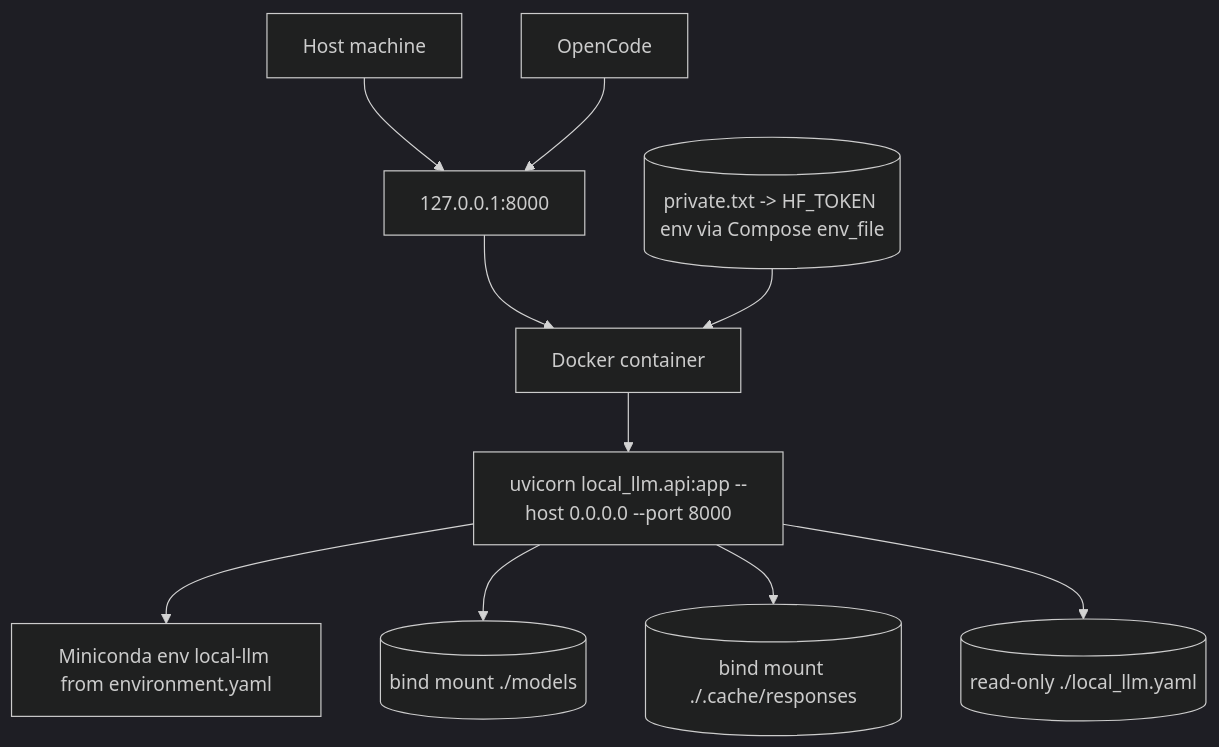
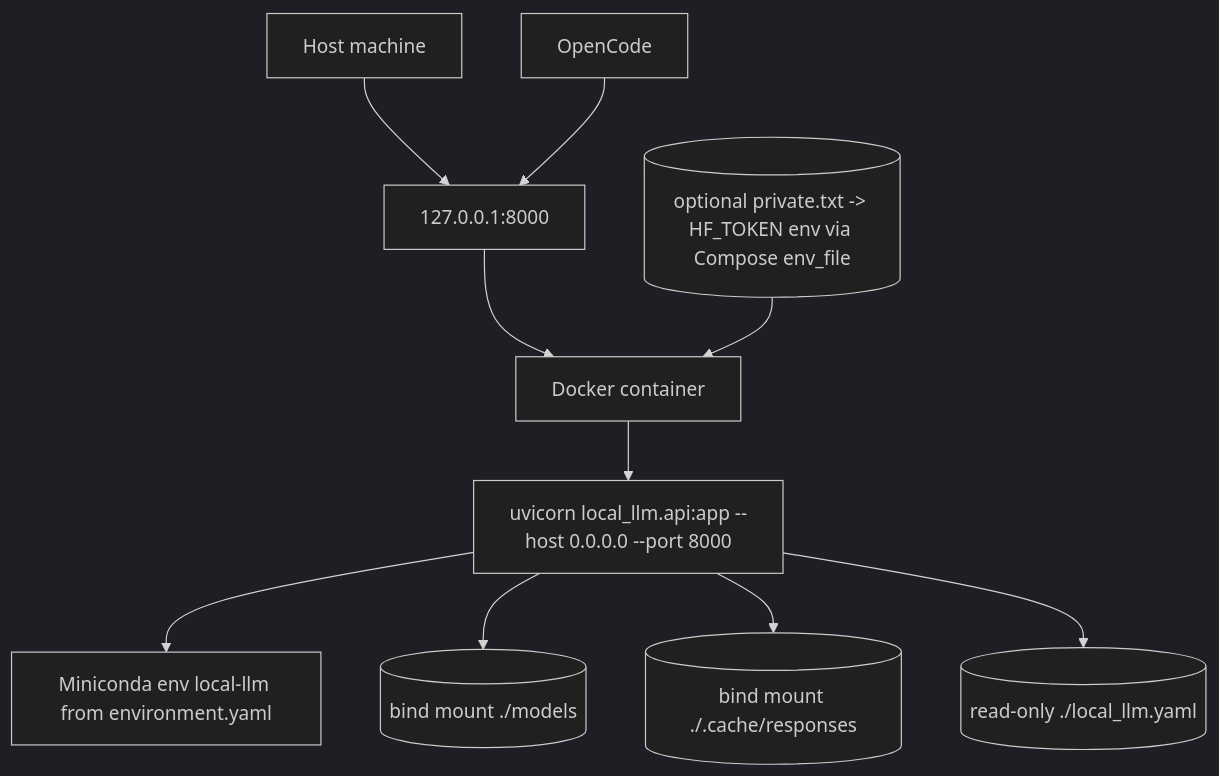
One commit to kkhatr2/local-llm changed the sixth of 6 diagrams in docs/architecture.md. Above: the diagram before and after it, drawn with Mermaid (dark theme). The commit also changed other lines of this file and 7 other files, not shown here.

Commit message:
Make HF_TOKEN optional for public downloads

````diff
--- a/docs/architecture.md
+++ b/docs/architecture.md
@@ -309,23 +309,23 @@
 ```mermaid
 flowchart TB
     Host["Host machine"]
     Loop["127.0.0.1:8000"]
     Container["Docker container"]
     Uvicorn["uvicorn local_llm.api:app --host 0.0.0.0 --port 8000"]
     Env["Miniconda env local-llm from environment.yaml"]
     ModelsVol[("bind mount ./models")]
     CacheVol[("bind mount ./.cache/responses")]
     ConfigFile[("read-only ./local_llm.yaml")]
-    TokenFile[("private.txt -> HF_TOKEN env via Compose env_file")]
+    TokenFile[("optional private.txt -> HF_TOKEN env via Compose env_file")]
     OC["OpenCode"]
 
     Host --> Loop
     OC --> Loop
     Loop --> Container
     Container --> Uvicorn
     Uvicorn --> Env
     Uvicorn --> ModelsVol
     Uvicorn --> CacheVol
     Uvicorn --> ConfigFile
     TokenFile --> Container
 ```
````
